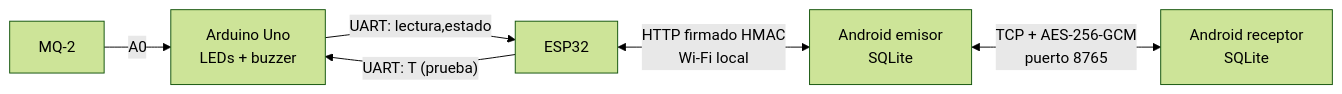
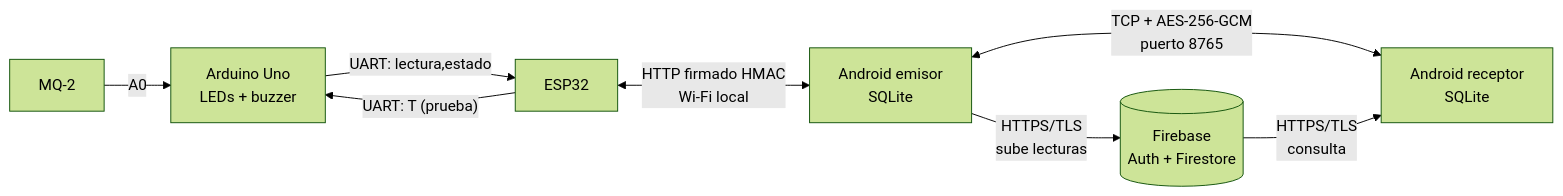
One commit to Ghostedrk/Detector_de_gas changed the diagram in docs/DISENO.md. Above: the diagram before and after it, drawn with Mermaid (forest theme). The commit also changed other lines of this file and 12 other files, not shown here.

First line of the commit message:
Agregar nube opcional con Firebase Authentication y Cloud Firestore

````diff
--- a/docs/DISENO.md
+++ b/docs/DISENO.md
@@ -25,8 +26,10 @@
 ```mermaid
 flowchart LR
     S[MQ-2] -->|A0| U[Arduino Uno<br/>LEDs + buzzer]
     U -->|"UART: lectura,estado"| E[ESP32]
     E -->|"UART: T (prueba)"| U
     E <-->|"HTTP firmado HMAC<br/>Wi-Fi local"| A[Android emisor<br/>SQLite]
     A <-->|"TCP + AES-256-GCM<br/>puerto 8765"| B[Android receptor<br/>SQLite]
+    A -->|"HTTPS/TLS<br/>sube lecturas"| F[(Firebase<br/>Auth + Firestore)]
+    F -->|"HTTPS/TLS<br/>consulta"| B
 ```
````
